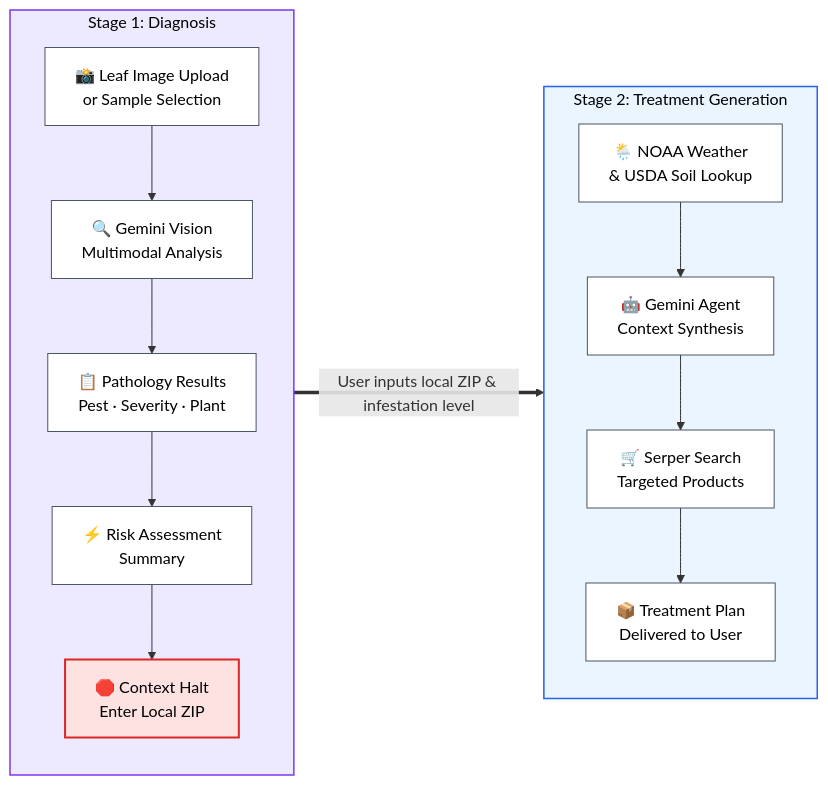
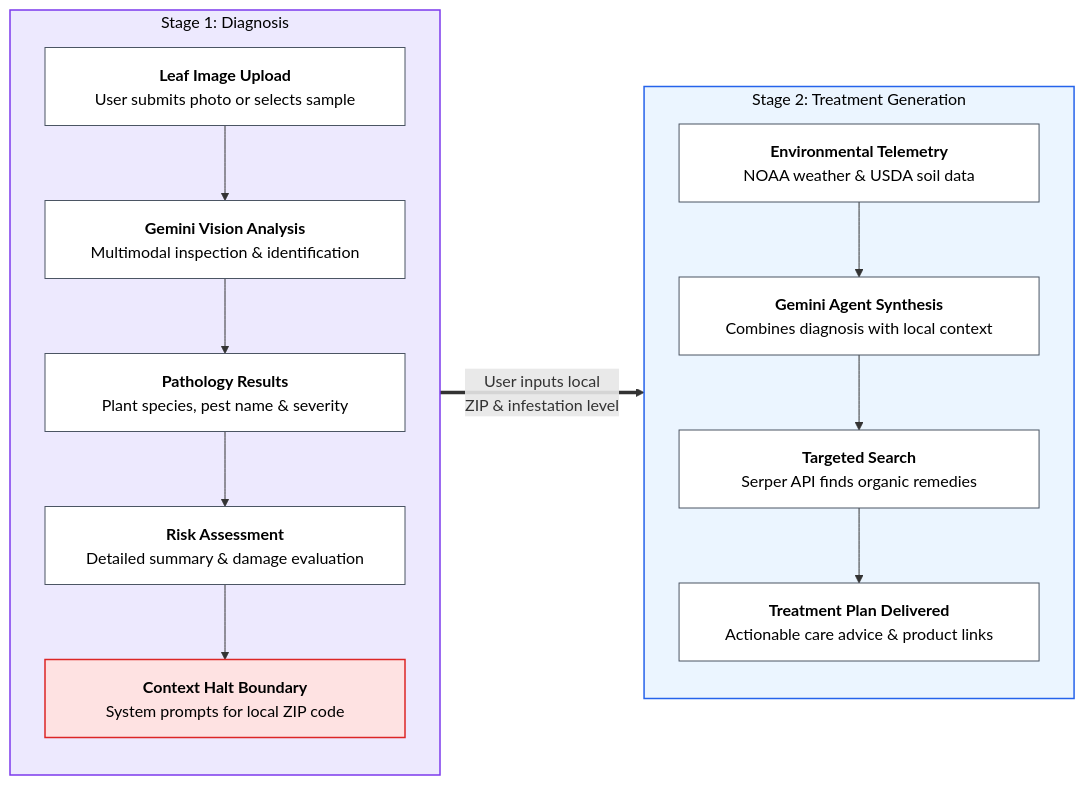
One commit to the-write-path-code/ch09-plant-doctor changed the diagram in workflow/01_agentic_detection_flow.md. Above: the diagram before and after it, drawn with Mermaid. The commit also changed 1 other file, not shown here.

Commit message:
docs: expand nodes to wide layout in detection flow and mcp architecture

````diff
--- a/workflow/01_agentic_detection_flow.md
+++ b/workflow/01_agentic_detection_flow.md
@@ -7,33 +7,33 @@
 ```mermaid
 flowchart LR
     subgraph STAGE1 ["Stage 1: Diagnosis"]
         direction TB
-        A["📸 Leaf Image Upload<br/>or Sample Selection"]
-        B["🔍 Gemini Vision<br/>Multimodal Analysis"]
-        C["📋 Pathology Results<br/>Pest · Severity · Plant"]
-        D["⚡ Risk Assessment<br/>Summary"]
-        E["🛑 Context Halt<br/>Enter Local ZIP"]
+        A["<div style='min-width: 300px;'><b>Leaf Image Upload</b><br/>User submits photo or selects sample</div>"]
+        B["<div style='min-width: 300px;'><b>Gemini Vision Analysis</b><br/>Multimodal inspection & identification</div>"]
+        C["<div style='min-width: 300px;'><b>Pathology Results</b><br/>Plant species, pest name & severity</div>"]
+        D["<div style='min-width: 300px;'><b>Risk Assessment</b><br/>Detailed summary & damage evaluation</div>"]
+        E["<div style='min-width: 300px;'><b>Context Halt Boundary</b><br/>System prompts for local ZIP code</div>"]
         A --> B --> C --> D --> E
     end
 
     subgraph STAGE2 ["Stage 2: Treatment Generation"]
         direction TB
-        F["🌦️ NOAA Weather<br/>& USDA Soil Lookup"]
-        G["🤖 Gemini Agent<br/>Context Synthesis"]
-        H["🛒 Serper Search<br/>Targeted Products"]
-        I["📦 Treatment Plan<br/>Delivered to User"]
+        F["<div style='min-width: 300px;'><b>Environmental Telemetry</b><br/>NOAA weather & USDA soil data</div>"]
+        G["<div style='min-width: 300px;'><b>Gemini Agent Synthesis</b><br/>Combines diagnosis with local context</div>"]
+        H["<div style='min-width: 300px;'><b>Targeted Search</b><br/>Serper API finds organic remedies</div>"]
+        I["<div style='min-width: 300px;'><b>Treatment Plan Delivered</b><br/>Actionable care advice & product links</div>"]
         F --> G --> H --> I
     end
 
-    STAGE1 ==>|"User inputs local ZIP & infestation level"| STAGE2
+    STAGE1 ==>|"User inputs local<br/>ZIP & infestation level"| STAGE2
 
     classDef s1 fill:#EDE9FE,stroke:#7C3AED,color:#000000,stroke-width:1.5px
     classDef s2 fill:#EBF5FF,stroke:#2563EB,color:#000000,stroke-width:1.5px
-    classDef halt fill:#FEE2E2,stroke:#DC2626,color:#000000,stroke-width:2px
+    classDef halt fill:#FEE2E2,stroke:#DC2626,color:#000000,stroke-width:1.5px
     classDef node fill:#FFFFFF,stroke:#4B5563,color:#000000,stroke-width:1px
 
     class STAGE1 s1
     class STAGE2 s2
     class E halt
     class A,B,C,D,F,G,H,I node
 ```
````
